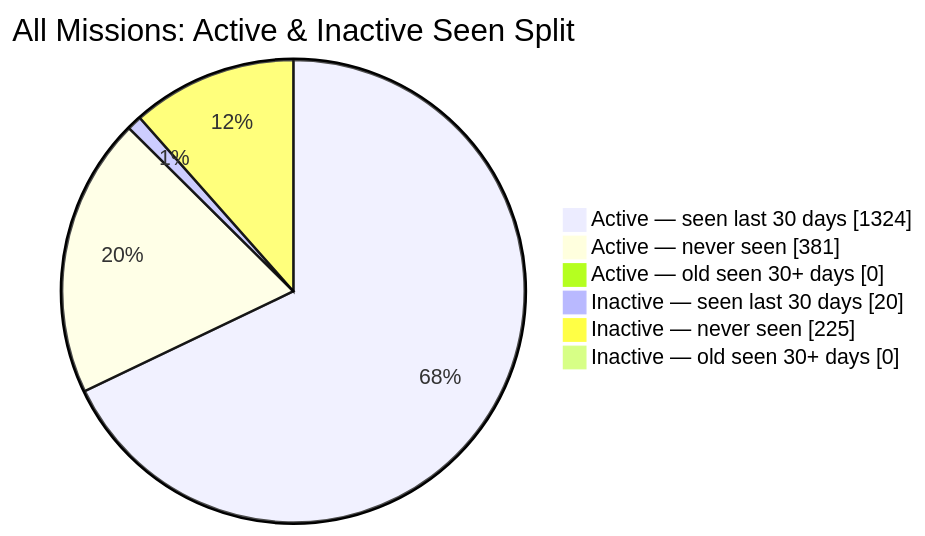
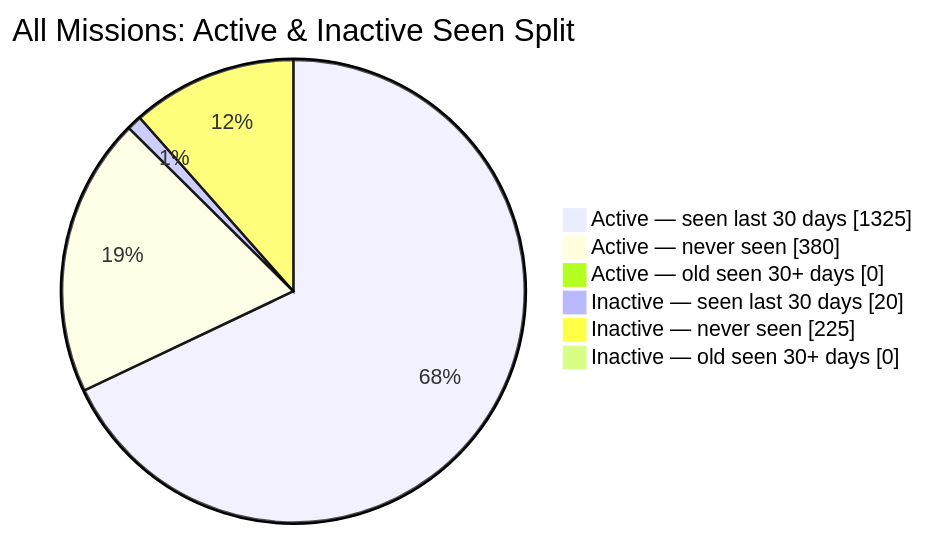
The second of 2 diagrams in README.md (MeldkamerspelGameTeam/active-missions), drawn with Mermaid before and after one commit. The commit also changed other lines of this file and 7 other files, not shown here.

````diff
--- a/README.md
+++ b/README.md
@@ -44,10 +44,10 @@
 ```mermaid
 pie showData
     title All Missions: Active & Inactive Seen Split
-    "Active — seen last 30 days" : 1324
-    "Active — never seen" : 381
+    "Active — seen last 30 days" : 1325
+    "Active — never seen" : 380
     "Active — old seen 30+ days" : 0
     "Inactive — seen last 30 days" : 20
     "Inactive — never seen" : 225
     "Inactive — old seen 30+ days" : 0
 ```
````
